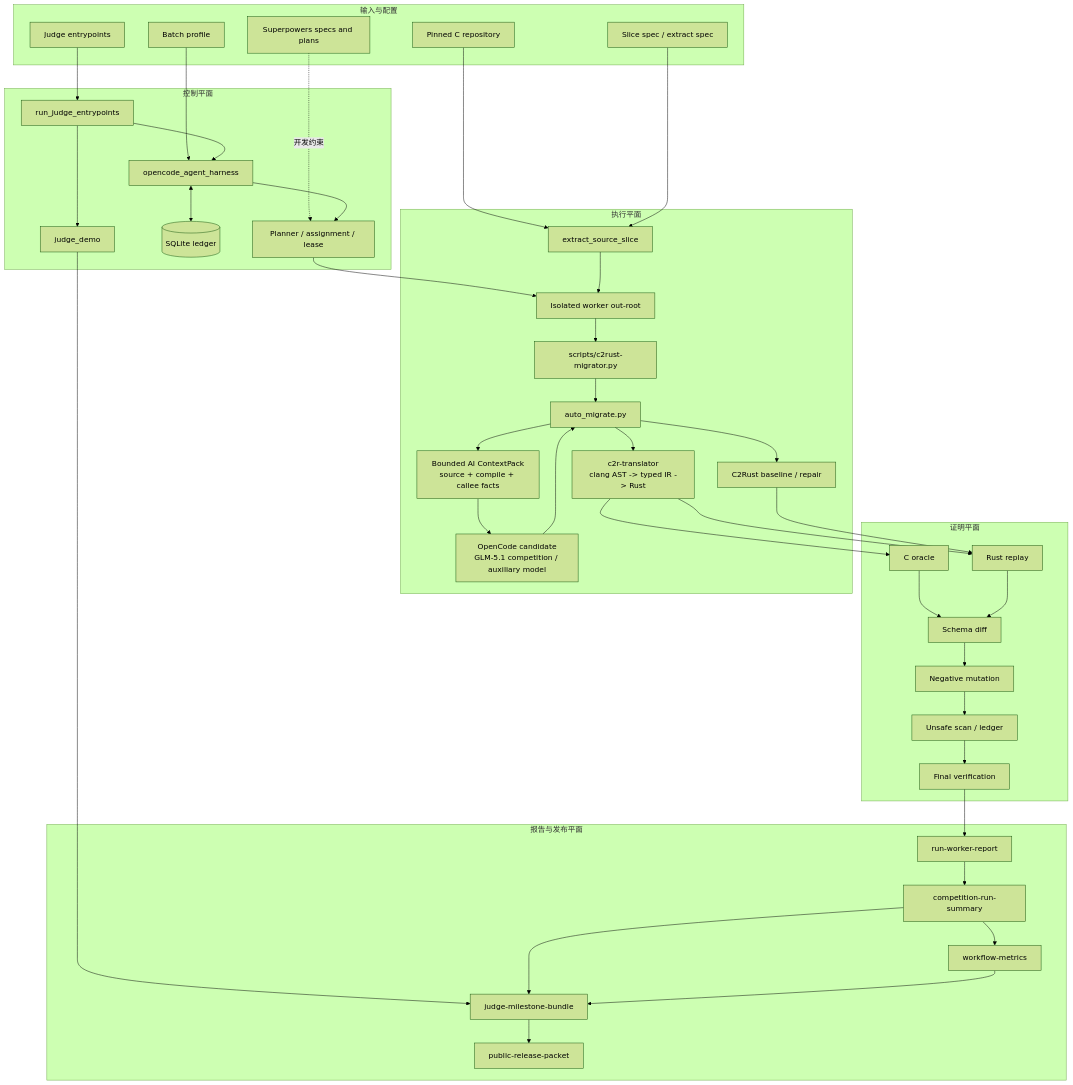
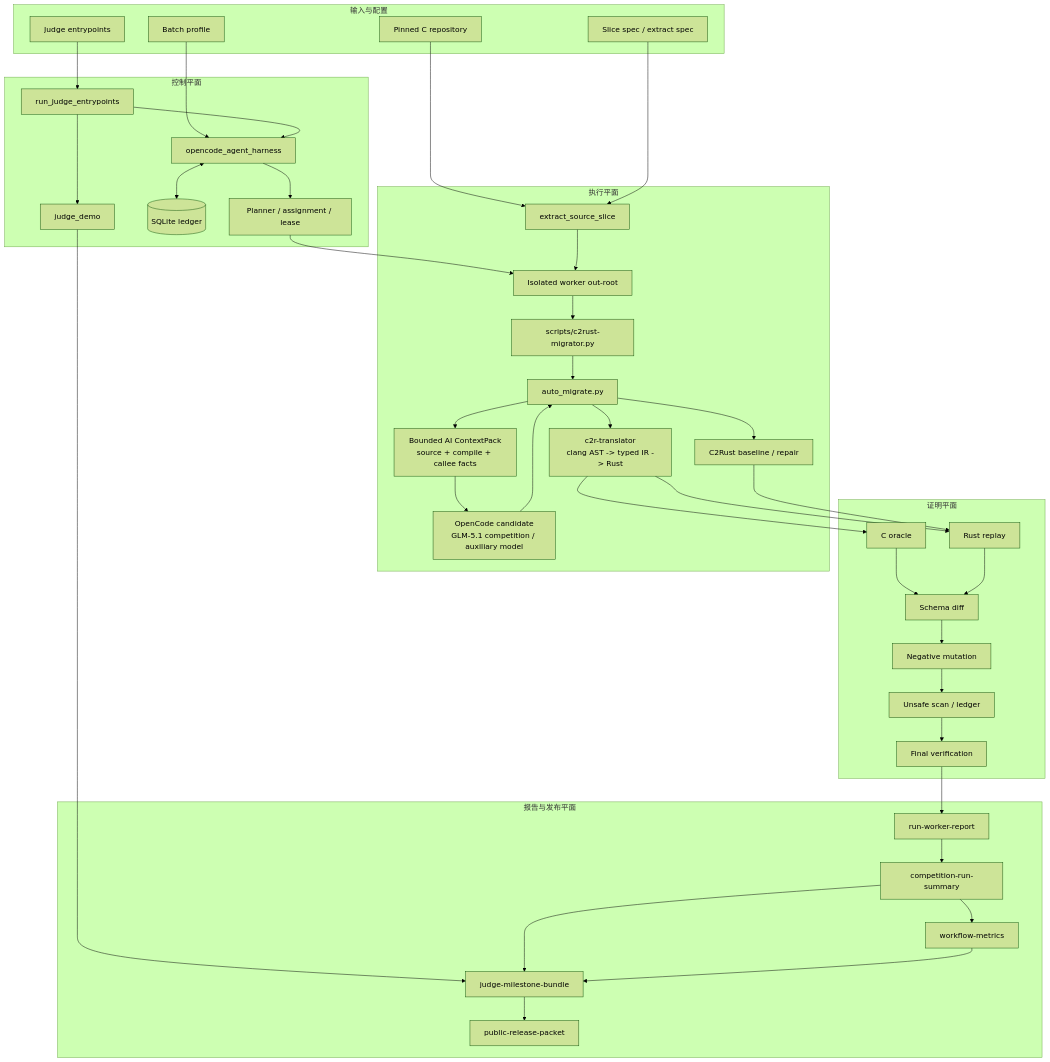
Before and after one commit to guoqihan342-svg/c-to-rust: the third of 5 diagrams in README.md, drawn with Mermaid (forest theme). The commit also changed other lines of this file and 66 other files, not shown here.

````diff
--- a/README.md
+++ b/README.md
@@ -234,80 +234,78 @@
 ```mermaid
 flowchart TB
     subgraph Inputs["输入与配置"]
         SRC["Pinned C repository"]
         SPEC["Slice spec / extract spec"]
         PROFILE["Batch profile"]
         JCFG["Judge entrypoints"]
-        SP["Superpowers specs and plans"]
     end
 
     subgraph Control["控制平面"]
         JUDGE["run_judge_entrypoints"]
         DEMO["judge_demo"]
         HARNESS["opencode_agent_harness"]
         LEDGER[("SQLite ledger")]
         PLAN["Planner / assignment / lease"]
     end
 
     subgraph Execution["执行平面"]
         EXTRACT["extract_source_slice"]
         WORKER["Isolated worker out-root"]
         MIGRATOR["scripts/c2rust-migrator.py"]
         AUTO["auto_migrate.py"]
         CONTEXT["Bounded AI ContextPack\nsource + compile + callee facts"]
         TRANSLATOR["c2r-translator\nclang AST -> typed IR -> Rust"]
         C2RUST["C2Rust baseline / repair"]
         OPENCODE["OpenCode candidate\nGLM-5.1 competition / auxiliary model"]
     end
 
     subgraph Proof["证明平面"]
         ORACLE["C oracle"]
         REPLAY["Rust replay"]
         DIFF["Schema diff"]
         NEG["Negative mutation"]
         UNSAFE["Unsafe scan / ledger"]
         VERIFY["Final verification"]
     end
 
     subgraph Reports["报告与发布平面"]
         WREPORT["run-worker-report"]
         SUMMARY["competition-run-summary"]
         METRICS["workflow-metrics"]
         BUNDLE["judge-milestone-bundle"]
         PACKET["public-release-packet"]
     end
 
-    SP -. "开发约束" .-> PLAN
     SRC --> EXTRACT
     SPEC --> EXTRACT
     PROFILE --> HARNESS
     JCFG --> JUDGE
     JUDGE --> DEMO
     JUDGE --> HARNESS
     HARNESS <--> LEDGER
     HARNESS --> PLAN
     PLAN --> WORKER
     EXTRACT --> WORKER
     WORKER --> MIGRATOR
     MIGRATOR --> AUTO
     AUTO --> TRANSLATOR
     AUTO --> C2RUST
     AUTO --> CONTEXT
     CONTEXT --> OPENCODE
     OPENCODE --> AUTO
     TRANSLATOR --> ORACLE
     TRANSLATOR --> REPLAY
     C2RUST --> REPLAY
     ORACLE --> DIFF
     REPLAY --> DIFF
     DIFF --> NEG
     NEG --> UNSAFE
     UNSAFE --> VERIFY
     VERIFY --> WREPORT
     WREPORT --> SUMMARY
     SUMMARY --> METRICS
     DEMO --> BUNDLE
     SUMMARY --> BUNDLE
     METRICS --> BUNDLE
     BUNDLE --> PACKET
 ```
````
